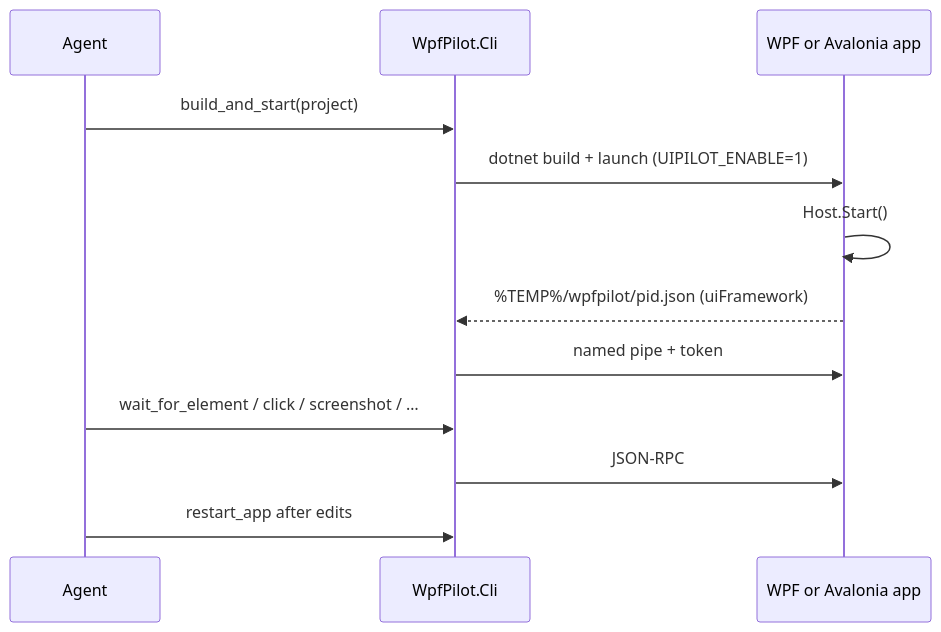
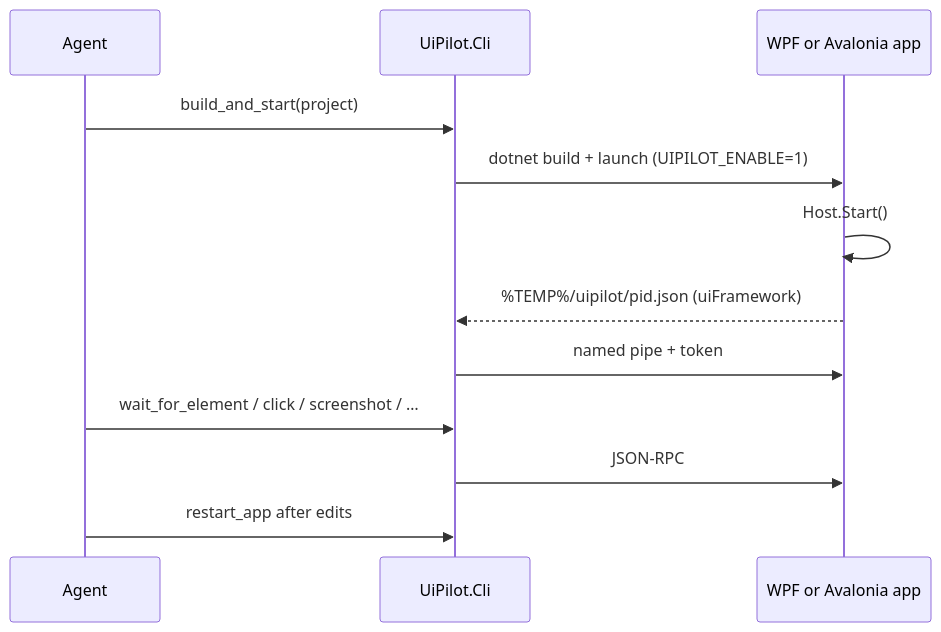
The diagram in docs/01-overview.md (sivak1982/UiPilot), drawn with Mermaid before and after one commit. The commit also changed other lines of this file and 145 other files, not shown here.

````diff
--- a/docs/01-overview.md
+++ b/docs/01-overview.md
@@ -25,14 +25,14 @@
 ```mermaid
 sequenceDiagram
   participant Agent
-  participant Cli as WpfPilot.Cli
+  participant Cli as UiPilot.Cli
   participant App as WPF or Avalonia app
   Agent->>Cli: build_and_start(project)
   Cli->>App: dotnet build + launch (UIPILOT_ENABLE=1)
   App->>App: Host.Start()
-  App-->>Cli: %TEMP%/wpfpilot/pid.json (uiFramework)
+  App-->>Cli: %TEMP%/uipilot/pid.json (uiFramework)
   Cli->>App: named pipe + token
   Agent->>Cli: wait_for_element / click / screenshot / …
   Cli->>App: JSON-RPC
   Agent->>Cli: restart_app after edits
 ```
````
